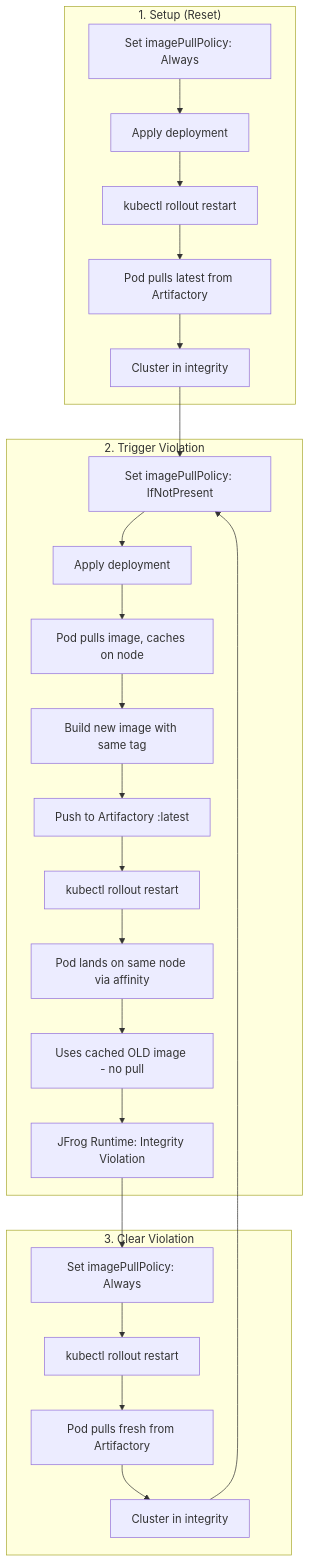
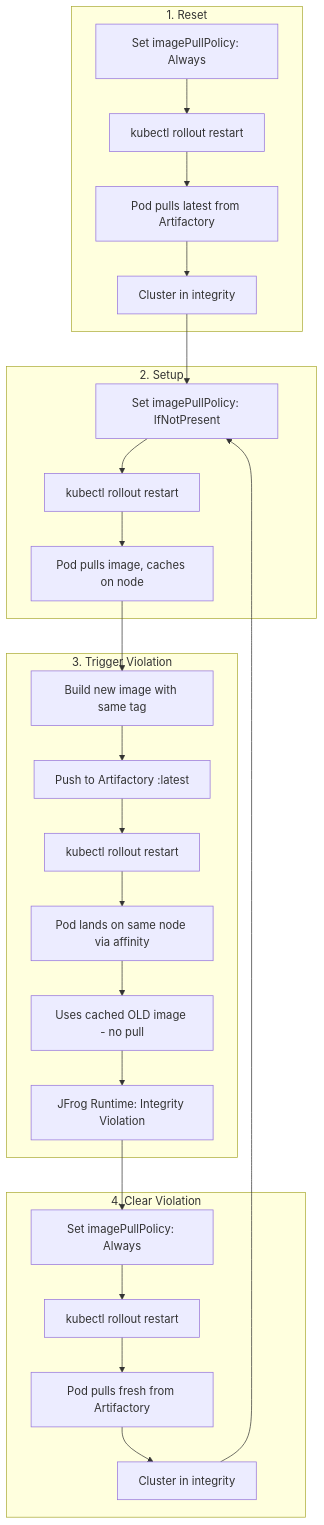
Before and after one commit to tomjfrog/runtime-demo: the diagram in docs/integrity-violation-workflow.mmd, drawn with Mermaid. The commit also changed 5 other files, not shown here.

```diff
--- a/docs/integrity-violation-workflow.mmd
+++ b/docs/integrity-violation-workflow.mmd
@@ -1,28 +1,30 @@
 flowchart TB
-    subgraph Setup["1. Setup (Reset)"]
-        A1[Set imagePullPolicy: Always] --> A2[Apply deployment]
-        A2 --> A3[kubectl rollout restart]
-        A3 --> A4[Pod pulls latest from Artifactory]
-        A4 --> A5[Cluster in integrity]
+    subgraph Reset["1. Reset"]
+        A1[Set imagePullPolicy: Always] --> A2[kubectl rollout restart]
+        A2 --> A3[Pod pulls latest from Artifactory]
+        A3 --> A4[Cluster in integrity]
     end
 
-    subgraph Trigger["2. Trigger Violation"]
-        B1[Set imagePullPolicy: IfNotPresent] --> B2[Apply deployment]
+    subgraph Setup["2. Setup"]
+        B1[Set imagePullPolicy: IfNotPresent] --> B2[kubectl rollout restart]
         B2 --> B3[Pod pulls image, caches on node]
-        B3 --> B4[Build new image with same tag]
-        B4 --> B5[Push to Artifactory :latest]
-        B5 --> B6[kubectl rollout restart]
-        B6 --> B7[Pod lands on same node via affinity]
-        B7 --> B8[Uses cached OLD image - no pull]
-        B8 --> B9[JFrog Runtime: Integrity Violation]
     end
 
-    subgraph Reset["3. Clear Violation"]
-        C1[Set imagePullPolicy: Always] --> C2[kubectl rollout restart]
-        C2 --> C3[Pod pulls fresh from Artifactory]
-        C3 --> C4[Cluster in integrity]
+    subgraph Trigger["3. Trigger Violation"]
+        C1[Build new image with same tag] --> C2[Push to Artifactory :latest]
+        C2 --> C3[kubectl rollout restart]
+        C3 --> C4[Pod lands on same node via affinity]
+        C4 --> C5[Uses cached OLD image - no pull]
+        C5 --> C6[JFrog Runtime: Integrity Violation]
     end
 
-    A5 --> B1
-    B9 --> C1
-    C4 --> B1
+    subgraph Clear["4. Clear Violation"]
+        D1[Set imagePullPolicy: Always] --> D2[kubectl rollout restart]
+        D2 --> D3[Pod pulls fresh from Artifactory]
+        D3 --> D4[Cluster in integrity]
+    end
+
+    A4 --> B1
+    B3 --> C1
+    C6 --> D1
+    D4 --> B1
```
